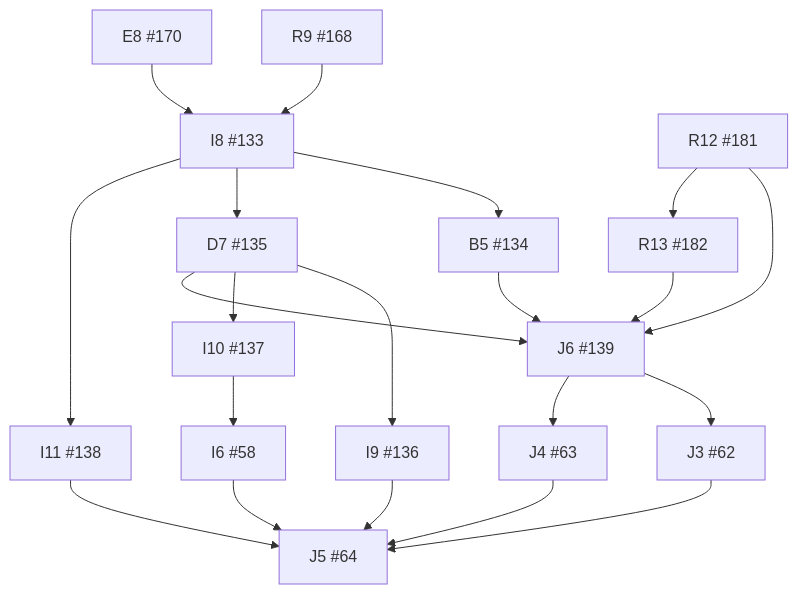
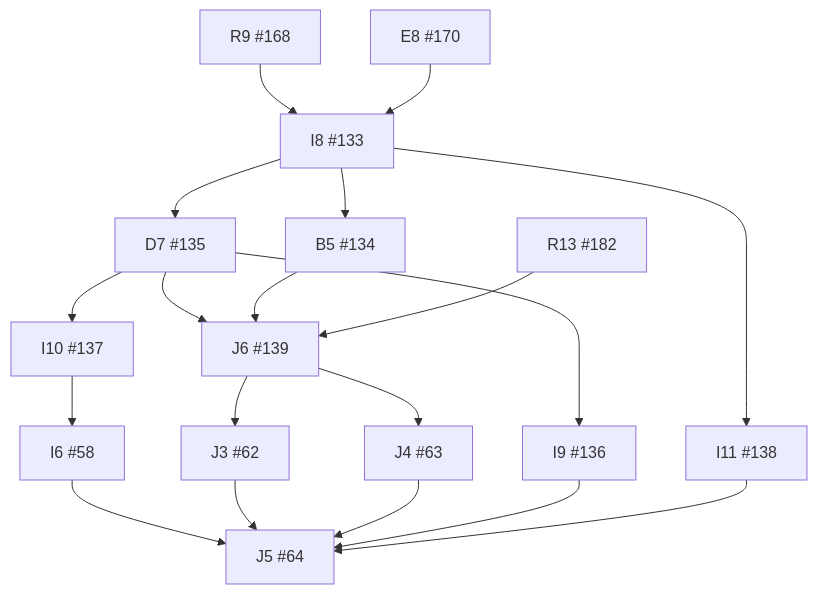
One commit to wojtekpiskorz/kiero changed the diagram in docs/implementation/dependency-graph.md. Above: the diagram before and after it, drawn with Mermaid. The commit also changed other lines of this file and 3 other files, not shown here.

````diff
--- a/docs/implementation/dependency-graph.md
+++ b/docs/implementation/dependency-graph.md
@@ -9,38 +9,35 @@
 ```mermaid
 flowchart TD
   I6["I6 #58"]
   J3["J3 #62"]
   J4["J4 #63"]
   J5["J5 #64"]
   I8["I8 #133"]
   B5["B5 #134"]
   D7["D7 #135"]
   I9["I9 #136"]
   I10["I10 #137"]
   I11["I11 #138"]
   J6["J6 #139"]
   R9["R9 #168"]
   E8["E8 #170"]
-  R12["R12 #181"]
   R13["R13 #182"]
   I10 --> I6
   J6 --> J3
   J6 --> J4
   I6 --> J5
   J3 --> J5
   J4 --> J5
   I9 --> J5
   I11 --> J5
   R9 --> I8
   E8 --> I8
   I8 --> B5
   I8 --> D7
   D7 --> I9
   D7 --> I10
   I8 --> I11
   D7 --> J6
   B5 --> J6
-  R12 --> J6
   R13 --> J6
-  R12 --> R13
 ```
````
